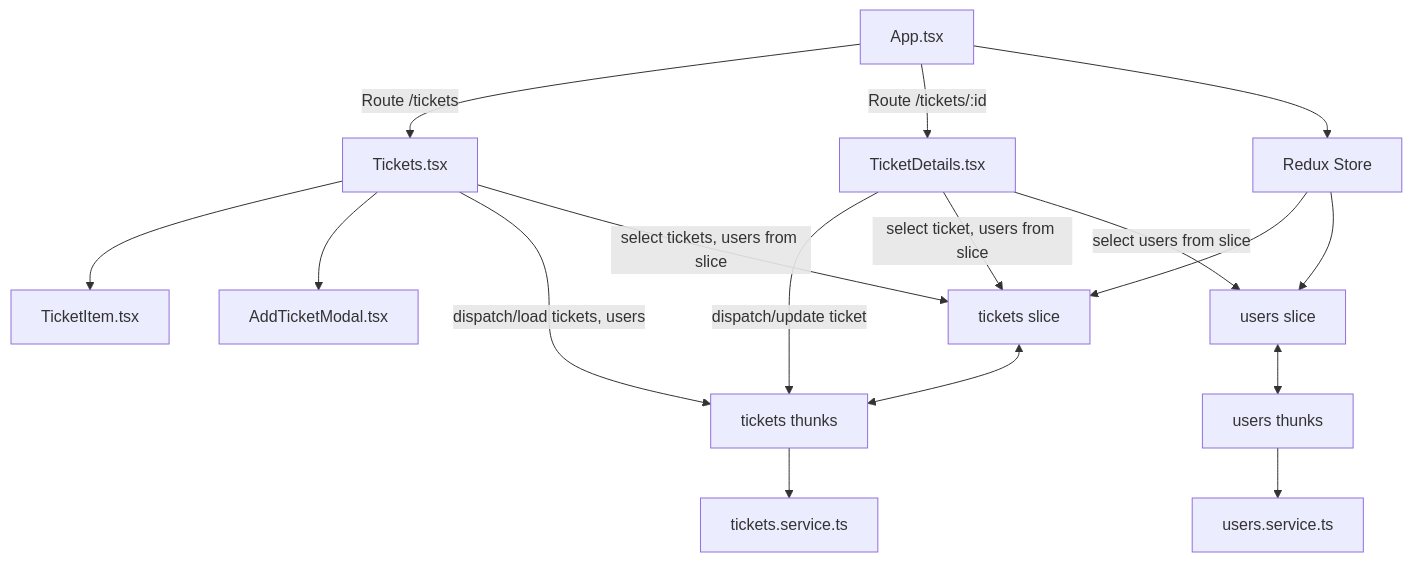
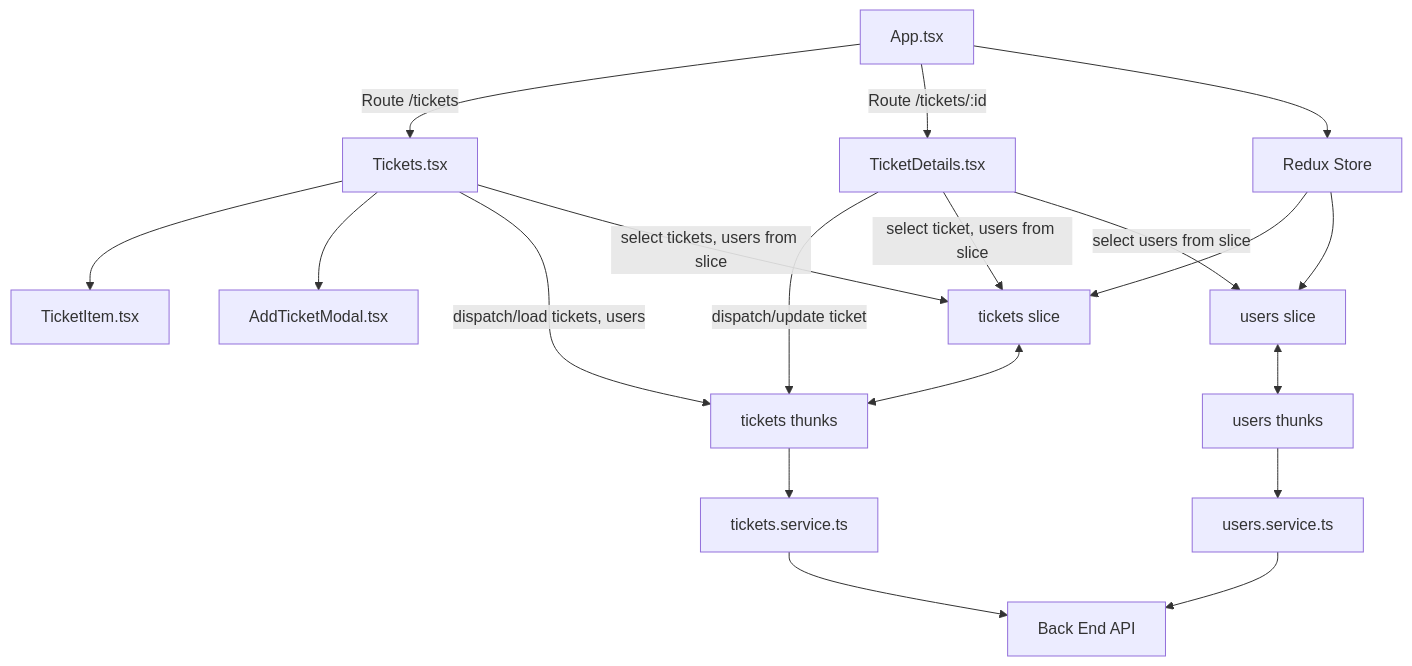
The first of 2 diagrams in README.md (hailduong/TicketSystemLDH), drawn with Mermaid before and after one commit.

Commit message:
docs: Add charts

````diff
--- a/README.md
+++ b/README.md
@@ -68,46 +68,53 @@
 ```mermaid
 graph TD
   %% Components and routing
   App["App.tsx"]
   Tickets["Tickets.tsx"]
   TicketDetails["TicketDetails.tsx"]
   TicketItem["TicketItem.tsx"]
   AddTicketModal["AddTicketModal.tsx"]
 
   %% Redux slices & thunks
   Store["Redux Store"]
   TicketsSlice["tickets slice"]
   UsersSlice["users slice"]
   TicketsThunks["tickets thunks"]
   UsersThunks["users thunks"]
 
   %% Services
   TicketsService["tickets.service.ts"]
   UsersService["users.service.ts"]
 
+  %% Backend API
+  BackendAPI["Back End API"]
+
   %% Routing flow
   App -->|Route /tickets| Tickets
   App -->|Route /tickets/:id| TicketDetails
 
   %% Tickets component connections
   Tickets --> TicketItem
   Tickets --> AddTicketModal
 
   %% Redux Store connections
   App --> Store
   Store --> TicketsSlice
   Store --> UsersSlice
 
   %% Thunks connect slices to services
   TicketsSlice <--> TicketsThunks
   UsersSlice <--> UsersThunks
   TicketsThunks --> TicketsService
   UsersThunks --> UsersService
 
+  %% Services call Backend API
+  TicketsService --> BackendAPI
+  UsersService --> BackendAPI
+
   %% Components dispatch thunks & select from slices
   Tickets -- dispatch/load tickets, users --> TicketsThunks
   Tickets -- select tickets, users from slice --> TicketsSlice
   TicketDetails -- dispatch/update ticket --> TicketsThunks
   TicketDetails -- select ticket, users from slice --> TicketsSlice
   TicketDetails -- select users from slice --> UsersSlice
 ```
````
